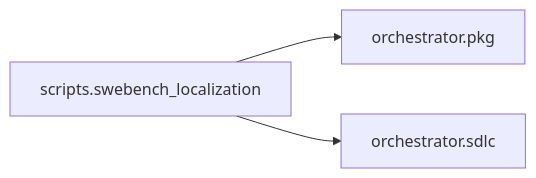
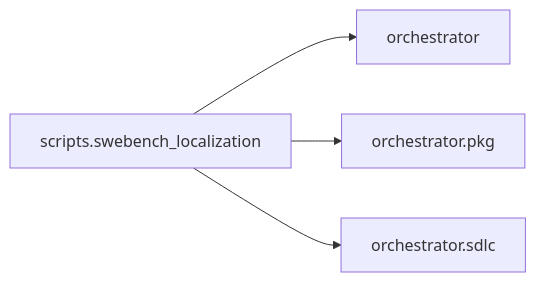
Before and after one commit to synaptixs/spine: the diagram in episteme/areas/scripts.swebench_localization.md, drawn with Mermaid. The commit also changed other lines of this file and 8 other files, not shown here.

````diff
--- a/episteme/areas/scripts.swebench_localization.md
+++ b/episteme/areas/scripts.swebench_localization.md
@@ -8,8 +8,10 @@
 ```mermaid
 flowchart LR
   n0["scripts.swebench_localization"]
-  n1["orchestrator.pkg"]
-  n2["orchestrator.sdlc"]
+  n1["orchestrator"]
+  n2["orchestrator.pkg"]
+  n3["orchestrator.sdlc"]
   n0 --> n1
   n0 --> n2
+  n0 --> n3
 ```
````
